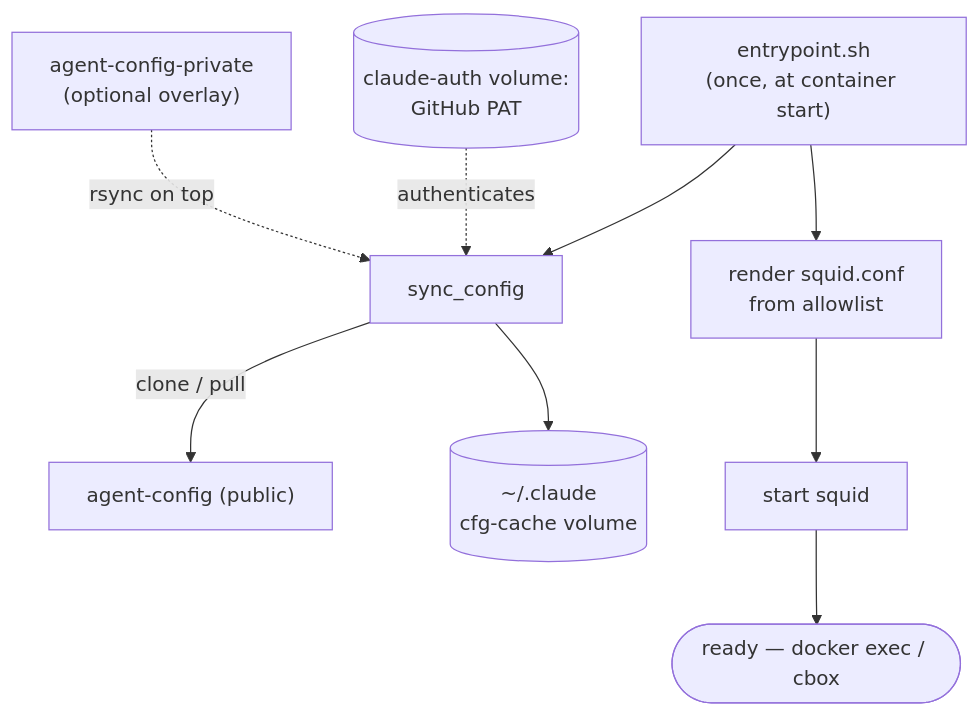
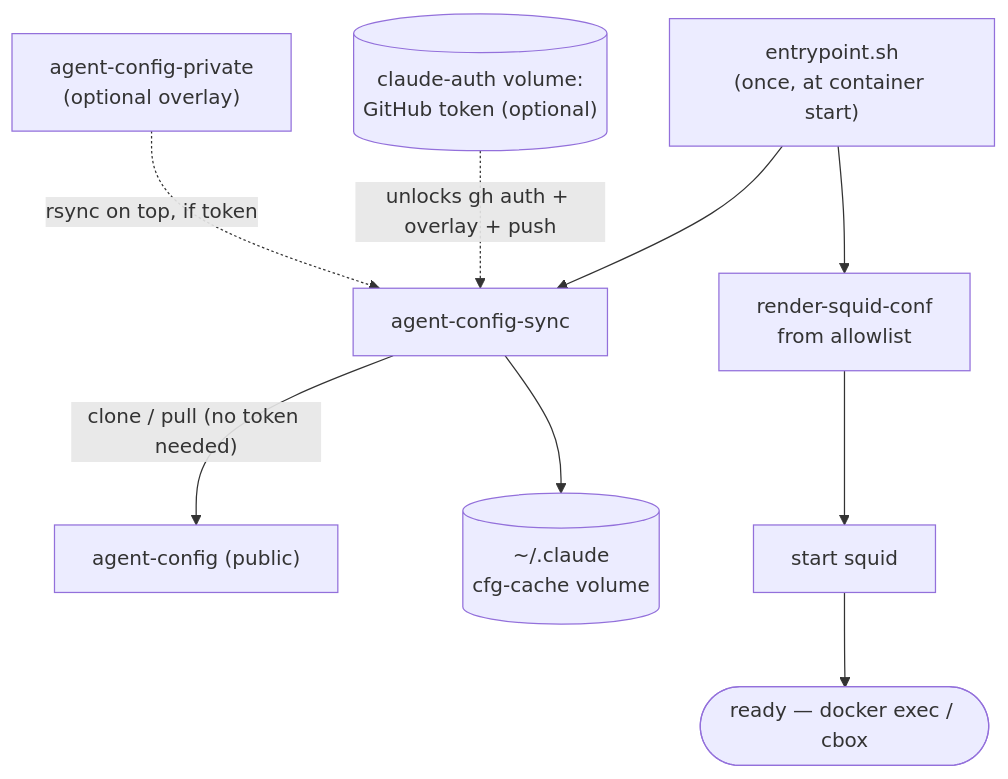
Before and after one commit to curtyo18/agent-sandbox: the second of 3 diagrams in README.md, drawn with Mermaid. The commit also changed other lines of this file and 10 other files, not shown here.

````diff
--- a/README.md
+++ b/README.md
@@ -117,11 +131,11 @@
 ```mermaid
 flowchart TD
-    E["entrypoint.sh<br/>(once, at container start)"] --> SC["sync_config"]
-    PAT[("claude-auth volume:<br/>GitHub PAT")] -.->|authenticates| SC
-    SC -->|clone / pull| AC["agent-config (public)"]
-    OV["agent-config-private<br/>(optional overlay)"] -.->|rsync on top| SC
+    E["entrypoint.sh<br/>(once, at container start)"] --> SC["agent-config-sync"]
+    SC -->|"clone / pull (no token needed)"| AC["agent-config (public)"]
     SC --> CFG[("~/.claude<br/>cfg-cache volume")]
-    E --> RS["render squid.conf<br/>from allowlist"]
+    PAT[("claude-auth volume:<br/>GitHub token (optional)")] -.->|"unlocks gh auth + overlay + push"| SC
+    OV["agent-config-private<br/>(optional overlay)"] -.->|"rsync on top, if token"| SC
+    E --> RS["render-squid-conf<br/>from allowlist"]
     RS --> SQ["start squid"]
     SQ --> RDY(["ready — docker exec / cbox"])
 ```
````
